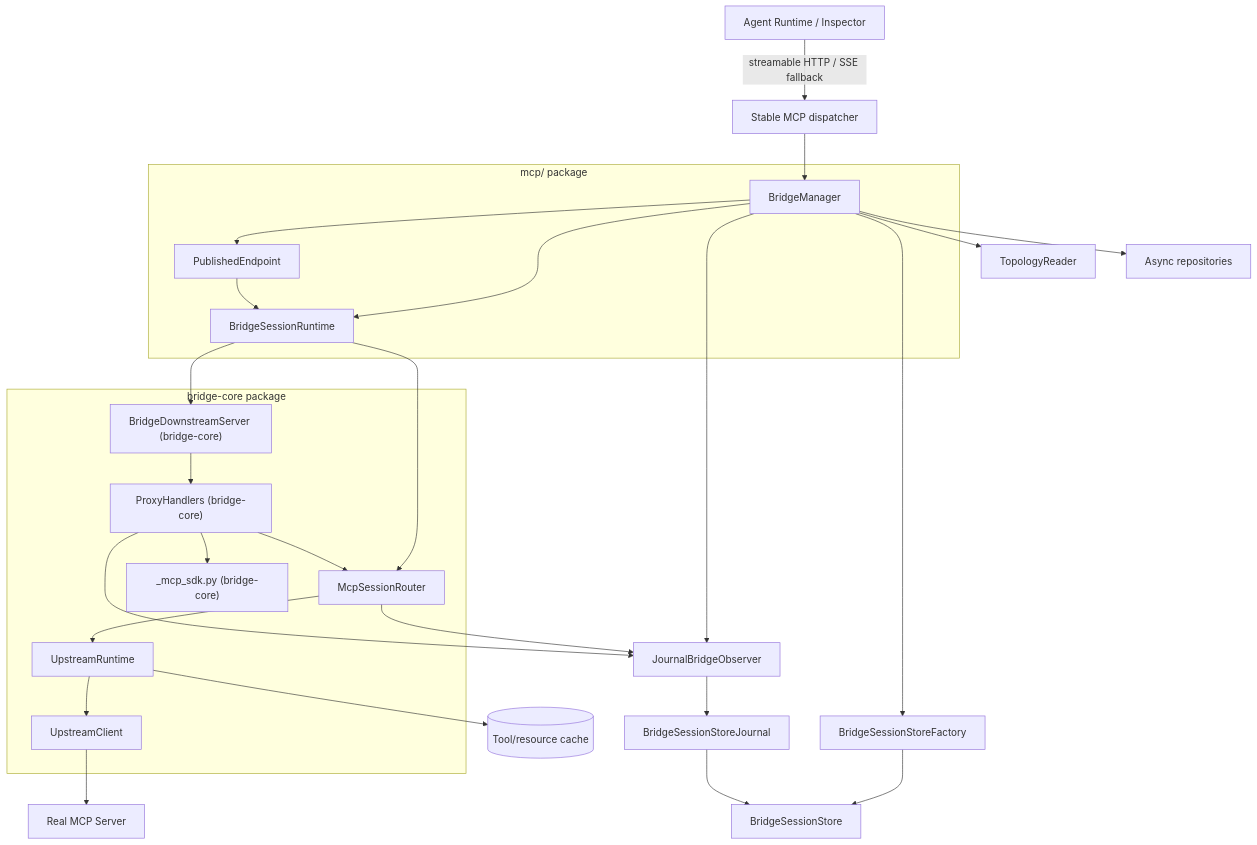
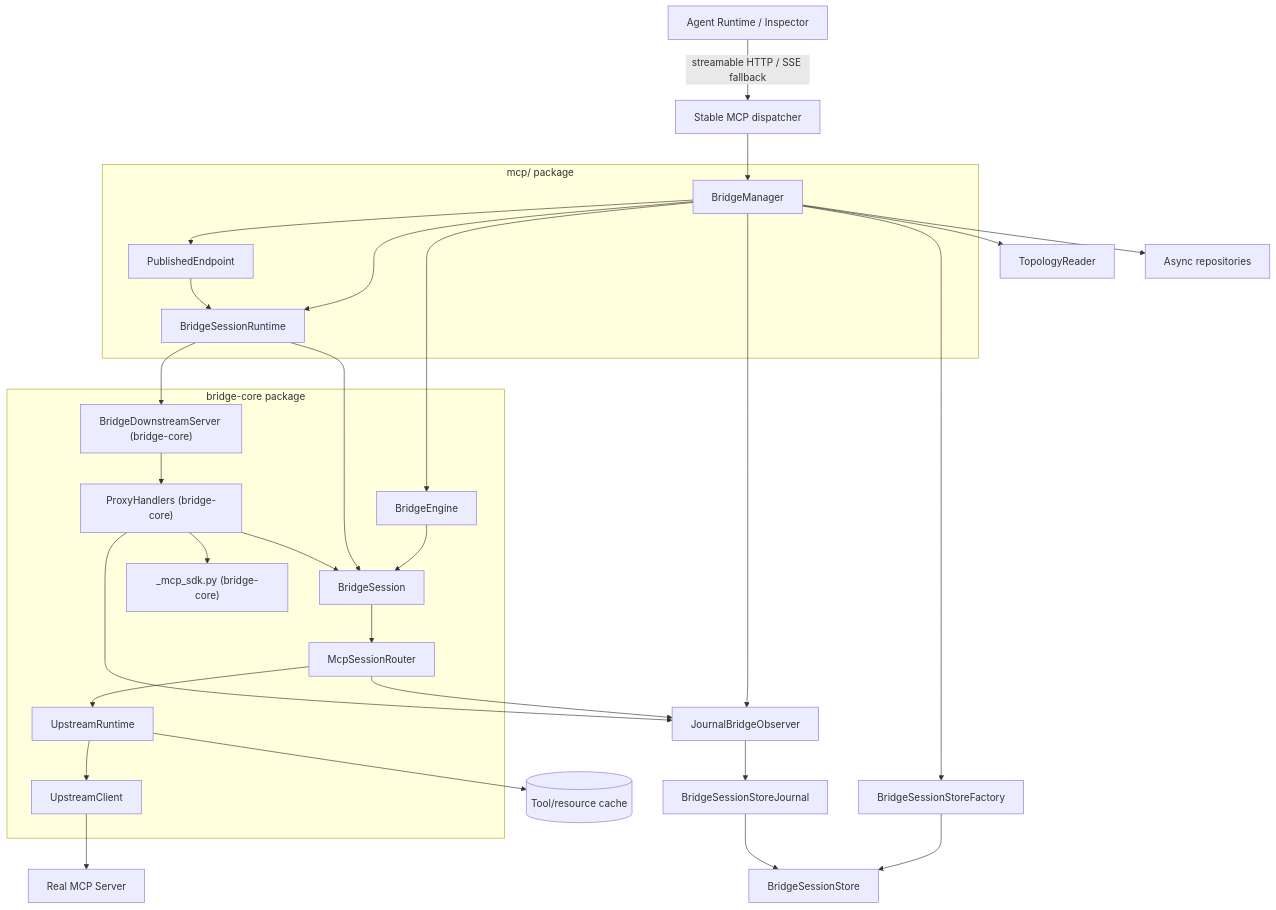
Before and after one commit to JilongSun/mcpapps-bridge: the second of 4 diagrams in docs/architecture/mcp-layer.md, drawn with Mermaid. The commit also changed other lines of this file and 8 other files, not shown here.

Commit message:
refactor(core): introduce bridge engine session facade

````diff
--- a/docs/architecture/mcp-layer.md
+++ b/docs/architecture/mcp-layer.md
@@ -39,42 +40,47 @@
 ```mermaid
 flowchart TD
     Client["Agent Runtime / Inspector"] --> |"streamable HTTP / SSE fallback"| API["Stable MCP dispatcher"]
     API --> Manager["BridgeManager"]
     Manager --> Topology["TopologyReader"]
     Manager --> Endpoint["PublishedEndpoint"]
     Manager --> Repositories["Async repositories"]
     Manager --> Factory["BridgeSessionStoreFactory"]
     Manager --> SessionRuntime["BridgeSessionRuntime"]
     Endpoint --> SessionRuntime
+    Manager --> Engine["BridgeEngine"]
+    Engine --> Session["BridgeSession"]
+    SessionRuntime --> Session
     SessionRuntime --> Downstream["BridgeDownstreamServer (bridge-core)"]
     Downstream --> Handlers["ProxyHandlers (bridge-core)"]
-    SessionRuntime --> Router["McpSessionRouter"]
-    Handlers --> Router
+    Handlers --> Session
+    Session --> Router["McpSessionRouter"]
     Router --> Runtime["UpstreamRuntime"]
     Runtime --> Upstream["UpstreamClient"]
     Upstream --> Real["Real MCP Server"]
 
     Factory --> Store["BridgeSessionStore"]
     Manager --> Observer["JournalBridgeObserver"]
     Router --> Observer
     Handlers --> Observer
     Observer --> Journal["BridgeSessionStoreJournal"]
     Journal --> Store
     Runtime --> Cache[("Tool/resource cache")]
     Handlers --> Mapper["_mcp_sdk.py (bridge-core)"]
 
     subgraph "mcp/ package"
         Manager
         Endpoint
         SessionRuntime
     end
 
     subgraph "bridge-core package"
+        Engine
+        Session
         Downstream
         Handlers
         Mapper
         Router
         Runtime
         Upstream
     end
 ```
````
